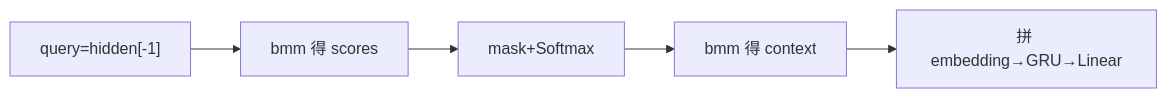
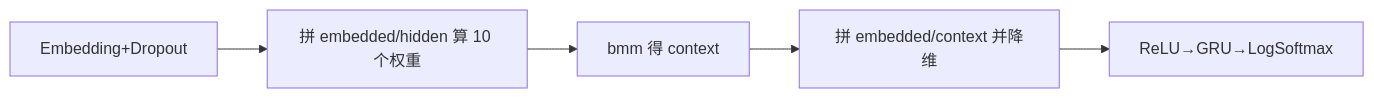
The first of 2 diagrams in notes/seq2seq-translation/16-attention-decoder-code-part2.md (luyunix/nlp_study), drawn with Mermaid before and after one commit. The commit also changed other lines of this file and 66 other files, not shown here.

````diff
--- a/notes/seq2seq-translation/16-attention-decoder-code-part2.md
+++ b/notes/seq2seq-translation/16-attention-decoder-code-part2.md
@@ -17,12 +17,12 @@
 ```mermaid
 flowchart LR
-    N0["query=hidden[-1]"]
-    N1["bmm 得 scores"]
-    N2["mask+Softmax"]
-    N3["bmm 得 context"]
-    N4["拼 embedding→GRU→Linear"]
+    N0["Embedding+Dropout"]
+    N1["拼 embedded/hidden 算 10 个权重"]
+    N2["bmm 得 context"]
+    N3["拼 embedded/context 并降维"]
+    N4["ReLU→GRU→LogSoftmax"]
     N0 --> N1
     N1 --> N2
     N2 --> N3
     N3 --> N4
 ```
````
